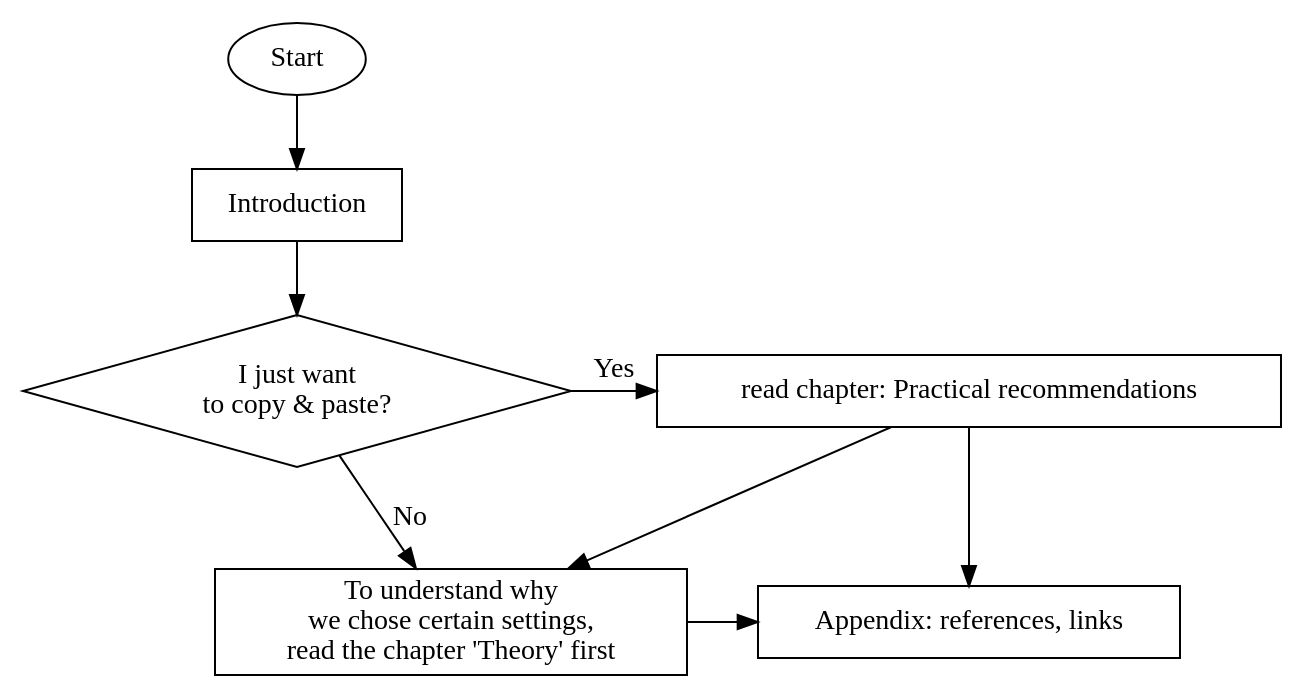
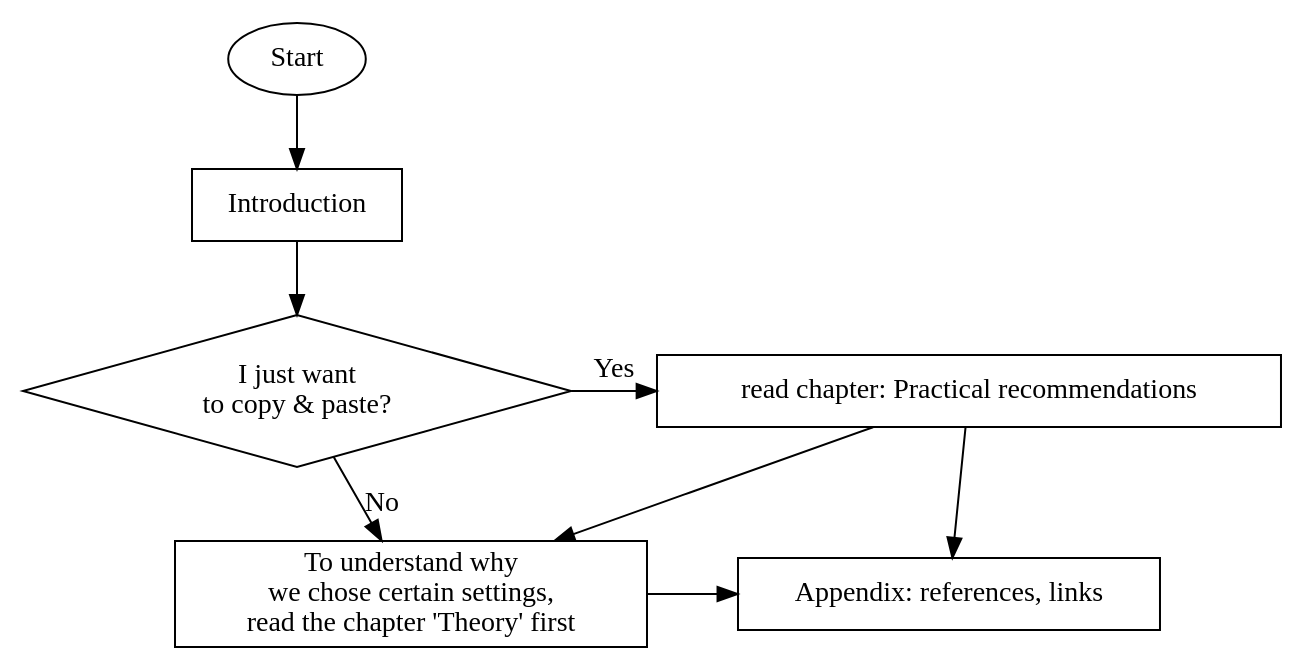
Before and after one commit to BetterCrypto/Applied-Crypto-Hardening: the diagram in src/img/howtoread.dot, drawn with Graphviz.

Commit message:
fixed formatting of the flow graph

```diff
--- a/src/img/howtoread.dot
+++ b/src/img/howtoread.dot
@@ -1,24 +1,24 @@
 digraph {
 start [label="Start"];
 
 start -> intro; 
 
 intro [shape=box, label="Introduction"];
 intro -> decision;
 
 decision [shape=diamond, label="I just want\nto copy & paste?"];
 Practical [shape=box, label="read chapter: Practical recommendations"];
 Theory [shape=box, label="To understand why\nwe chose certain settings,\n read the chapter 'Theory' first"];
 
-decision -> Practical [label="Yes"];
-decision -> Theory [label="No"];
+decision -> Practical [label="Yes", labelfloat="Yes", labeldistance=2];
+decision -> Theory [label="No", labelfloat="Yes", labeldistance=2];
 Theory -> Appendix;
 Practical -> Appendix;
-Practical -> Theory;
+Practical -> Theory [constraint=false];
 
 Appendix [shape=box, label="Appendix: references, links"]
 
 { rank=same; decision; Practical }
-{ rank=same; Theory; Appendix }
+{ rank=max; Theory; Appendix }
 
 }
```
